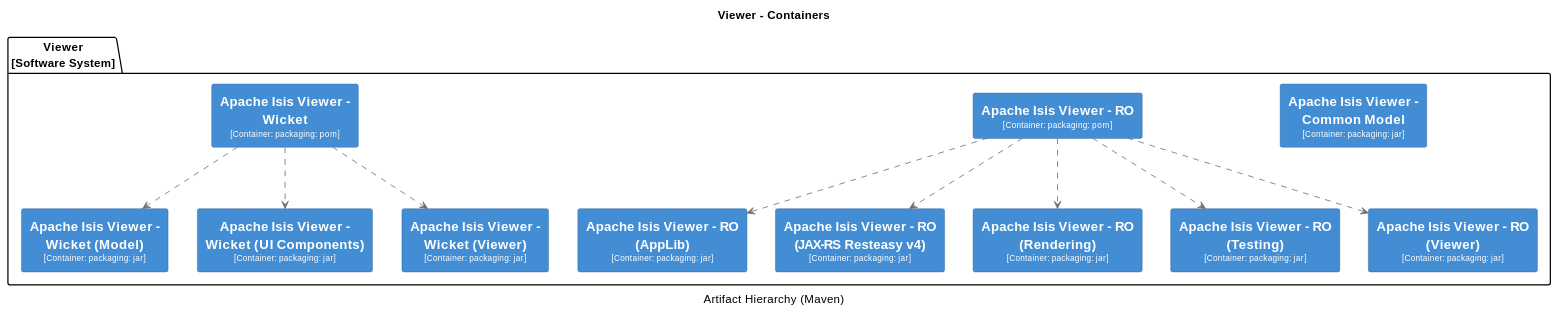
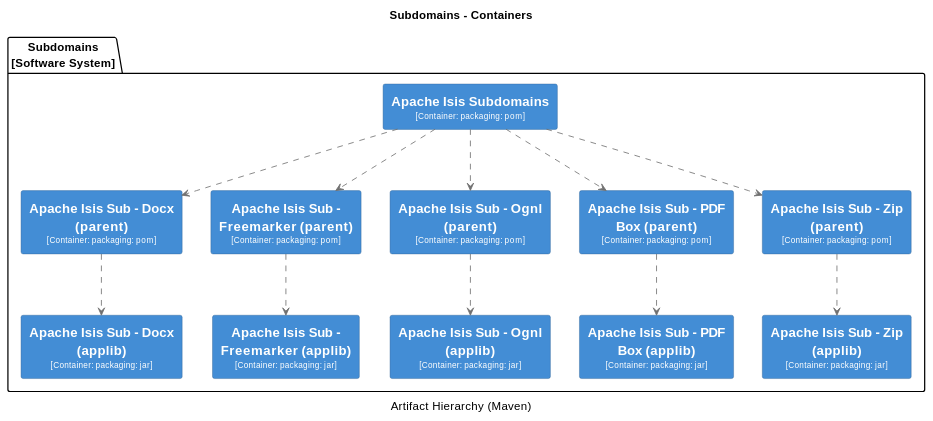
One commit to apache/causeway changed diagram 26 of 37 in antora/components/system/modules/generated/pages/system-overview.adoc. Above: the diagram before and after it, drawn with PlantUML. The commit also changed other lines of this file and 10 other files, not shown here.

```diff
--- a/antora/components/system/modules/generated/pages/system-overview.adoc
+++ b/antora/components/system/modules/generated/pages/system-overview.adoc
@@ -2026,7 +3881,7 @@
-[plantuml,Viewer,svg]
+[plantuml,Subdomains,svg]
 ----
-@startuml(id=Viewer)
-title Viewer - Containers
+@startuml(id=Subdomains)
+title Subdomains - Containers
 caption Artifact Hierarchy (Maven)
 
 skinparam {
@@ -2092,26 +3947,28 @@
   FontColor #fffffe
   BorderColor #2E6295
 }
-package "Viewer\n[Software System]" {
-  rectangle "==Apache Isis Viewer - Common Model\n<size:10>[Container: packaging: jar]</size>" <<2>> as 2
-  rectangle "==Apache Isis Viewer - RO\n<size:10>[Container: packaging: pom]</size>" <<3>> as 3
-  rectangle "==Apache Isis Viewer - RO (AppLib)\n<size:10>[Container: packaging: jar]</size>" <<4>> as 4
-  rectangle "==Apache Isis Viewer - RO (JAX-RS Resteasy v4)\n<size:10>[Container: packaging: jar]</size>" <<5>> as 5
-  rectangle "==Apache Isis Viewer - RO (Rendering)\n<size:10>[Container: packaging: jar]</size>" <<6>> as 6
-  rectangle "==Apache Isis Viewer - RO (Testing)\n<size:10>[Container: packaging: jar]</size>" <<7>> as 7
-  rectangle "==Apache Isis Viewer - RO (Viewer)\n<size:10>[Container: packaging: jar]</size>" <<8>> as 8
-  rectangle "==Apache Isis Viewer - Wicket\n<size:10>[Container: packaging: pom]</size>" <<9>> as 9
-  rectangle "==Apache Isis Viewer - Wicket (Model)\n<size:10>[Container: packaging: jar]</size>" <<10>> as 10
-  rectangle "==Apache Isis Viewer - Wicket (UI Components)\n<size:10>[Container: packaging: jar]</size>" <<11>> as 11
-  rectangle "==Apache Isis Viewer - Wicket (Viewer)\n<size:10>[Container: packaging: jar]</size>" <<12>> as 12
+package "Subdomains\n[Software System]" {
+  rectangle "==Apache Isis Sub - Docx (applib)\n<size:10>[Container: packaging: jar]</size>" <<4>> as 4
+  rectangle "==Apache Isis Sub - Docx (parent)\n<size:10>[Container: packaging: pom]</size>" <<3>> as 3
+  rectangle "==Apache Isis Sub - Freemarker (applib)\n<size:10>[Container: packaging: jar]</size>" <<6>> as 6
+  rectangle "==Apache Isis Sub - Freemarker (parent)\n<size:10>[Container: packaging: pom]</size>" <<5>> as 5
+  rectangle "==Apache Isis Sub - Ognl (applib)\n<size:10>[Container: packaging: jar]</size>" <<8>> as 8
+  rectangle "==Apache Isis Sub - Ognl (parent)\n<size:10>[Container: packaging: pom]</size>" <<7>> as 7
+  rectangle "==Apache Isis Sub - PDF Box (applib)\n<size:10>[Container: packaging: jar]</size>" <<10>> as 10
+  rectangle "==Apache Isis Sub - PDF Box (parent)\n<size:10>[Container: packaging: pom]</size>" <<9>> as 9
+  rectangle "==Apache Isis Sub - Zip (applib)\n<size:10>[Container: packaging: jar]</size>" <<12>> as 12
+  rectangle "==Apache Isis Sub - Zip (parent)\n<size:10>[Container: packaging: pom]</size>" <<11>> as 11
+  rectangle "==Apache Isis Subdomains\n<size:10>[Container: packaging: pom]</size>" <<2>> as 2
 }
 3 .[#707070].> 4 : ""
-3 .[#707070].> 5 : ""
-3 .[#707070].> 6 : ""
-3 .[#707070].> 7 : ""
-3 .[#707070].> 8 : ""
+5 .[#707070].> 6 : ""
+7 .[#707070].> 8 : ""
 9 .[#707070].> 10 : ""
-9 .[#707070].> 11 : ""
-9 .[#707070].> 12 : ""
+11 .[#707070].> 12 : ""
+2 .[#707070].> 3 : ""
+2 .[#707070].> 5 : ""
+2 .[#707070].> 7 : ""
+2 .[#707070].> 9 : ""
+2 .[#707070].> 11 : ""
 @enduml
 ----
```
